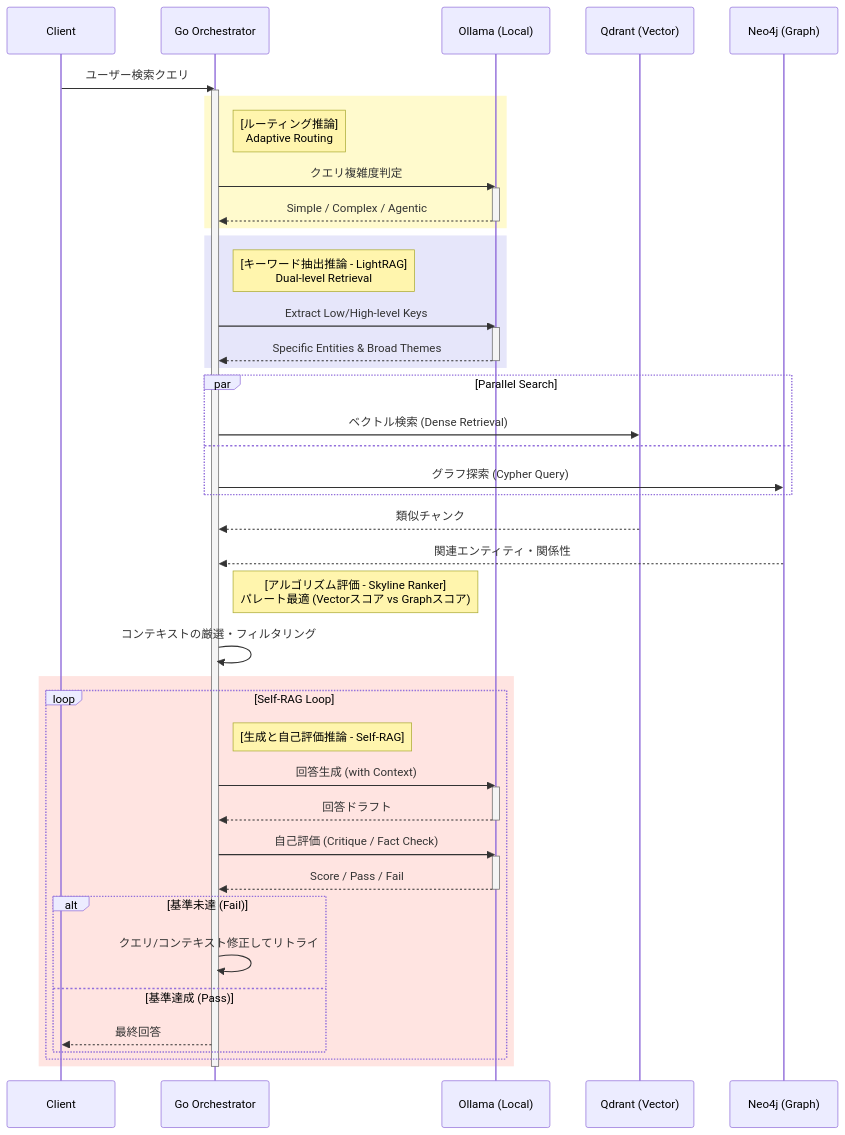
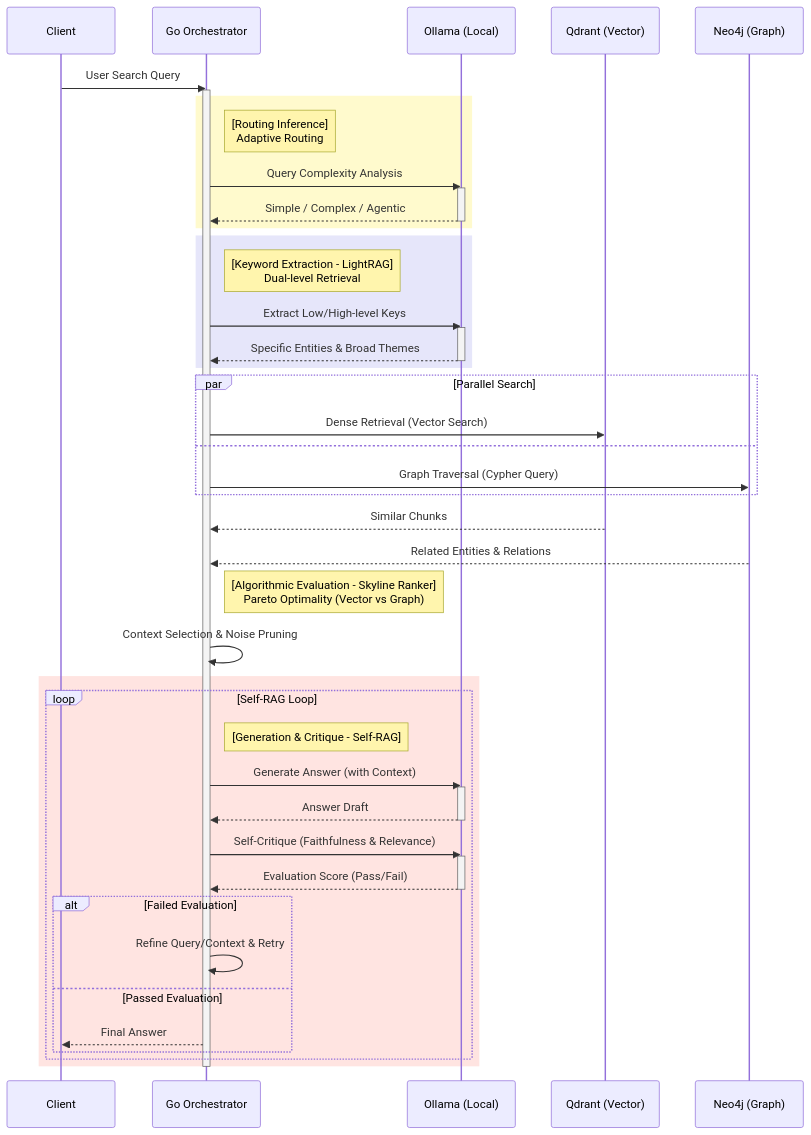
One commit to tamara1031/booksage changed the second of 2 diagrams in docs/ALGORITHMS.md. Above: the diagram before and after it, drawn with Mermaid. The commit also changed other lines of this file and 1 other file, not shown here.

Commit message:
docs: Translate algorithm and roadmap documentation from Japanese to English.

````diff
--- a/docs/ALGORITHMS.md
+++ b/docs/ALGORITHMS.md
@@ -98,65 +98,65 @@
 ```mermaid
 sequenceDiagram
     participant Client
     participant Go as Go Orchestrator
     participant LLM as Ollama (Local)
     participant Vec as Qdrant (Vector)
     participant Graph as Neo4j (Graph)
 
-    Client->>Go: ユーザー検索クエリ
+    Client->>Go: User Search Query
     activate Go
 
-    %% ルーティング
+    %% Routing
     rect rgb(255, 250, 205)
-        Note right of Go: [ルーティング推論]<br/>Adaptive Routing
-        Go->>LLM: クエリ複雑度判定
+        Note right of Go: [Routing Inference]<br/>Adaptive Routing
+        Go->>LLM: Query Complexity Analysis
         activate LLM
         LLM-->>Go: Simple / Complex / Agentic
         deactivate LLM
     end
 
-    %% キーワード抽出
+    %% Keyword Extraction
     rect rgb(230, 230, 250)
-        Note right of Go: [キーワード抽出推論 - LightRAG]<br/>Dual-level Retrieval
+        Note right of Go: [Keyword Extraction - LightRAG]<br/>Dual-level Retrieval
         Go->>LLM: Extract Low/High-level Keys
         activate LLM
         LLM-->>Go: Specific Entities & Broad Themes
         deactivate LLM
     end
 
-    %% 並行探索
+    %% Parallel Search
     par Parallel Search
-        Go->>Vec: ベクトル検索 (Dense Retrieval)
+        Go->>Vec: Dense Retrieval (Vector Search)
         and
-        Go->>Graph: グラフ探索 (Cypher Query)
+        Go->>Graph: Graph Traversal (Cypher Query)
     end
-    Vec-->>Go: 類似チャンク
-    Graph-->>Go: 関連エンティティ・関係性
+    Vec-->>Go: Similar Chunks
+    Graph-->>Go: Related Entities & Relations
 
-    %% ランク付け
-    Note right of Go: [アルゴリズム評価 - Skyline Ranker]<br/>パレート最適 (Vectorスコア vs Graphスコア)
-    Go->>Go: コンテキストの厳選・フィルタリング
+    %% Ranking
+    Note right of Go: [Algorithmic Evaluation - Skyline Ranker]<br/>Pareto Optimality (Vector vs Graph)
+    Go->>Go: Context Selection & Noise Pruning
 
-    %% 生成と自己評価
+    %% Generation and Self-Correction
     rect rgb(255, 228, 225)
         loop Self-RAG Loop
-            Note right of Go: [生成と自己評価推論 - Self-RAG]
-            Go->>LLM: 回答生成 (with Context)
+            Note right of Go: [Generation & Critique - Self-RAG]
+            Go->>LLM: Generate Answer (with Context)
             activate LLM
-            LLM-->>Go: 回答ドラフト
+            LLM-->>Go: Answer Draft
             deactivate LLM
 
-            Go->>LLM: 自己評価 (Critique / Fact Check)
+            Go->>LLM: Self-Critique (Faithfulness & Relevance)
             activate LLM
-            LLM-->>Go: Score / Pass / Fail
+            LLM-->>Go: Evaluation Score (Pass/Fail)
             deactivate LLM
 
-            alt 基準未達 (Fail)
-                Go->>Go: クエリ/コンテキスト修正してリトライ
-            else 基準達成 (Pass)
-                Go-->>Client: 最終回答
+            alt Failed Evaluation
+                Go->>Go: Refine Query/Context & Retry
+            else Passed Evaluation
+                Go-->>Client: Final Answer
             end
         end
     end
     deactivate Go
 ```
````
